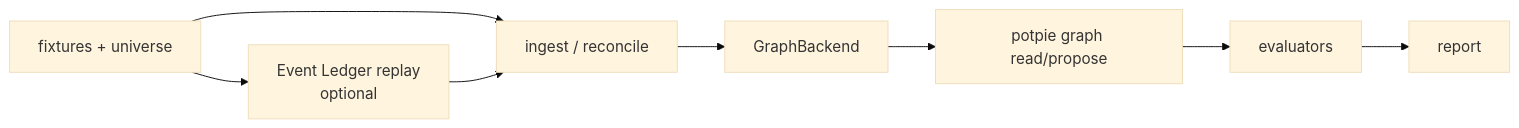
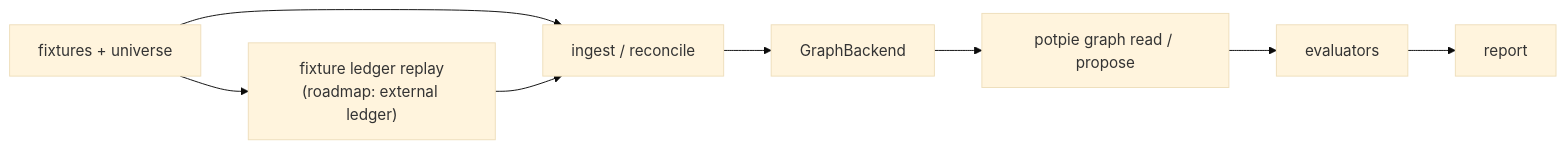
Before and after one commit to potpie-ai/potpie: the first of 2 diagrams in docs/context-graph/bench-plan.md, drawn with Mermaid (base theme). The commit also changed other lines of this file and 15 other files, not shown here.

First line of the commit message:
Refresh Context Graph docs (#962)

````diff
--- a/docs/context-graph/bench-plan.md
+++ b/docs/context-graph/bench-plan.md
@@ -12,13 +26,13 @@
 ```mermaid
 flowchart LR
   cg_fixtures["fixtures + universe"]
-  cg_ledger_replay["Event Ledger replay<br/>optional"]
+  cg_ledger_replay["fixture ledger replay<br/>(roadmap: external ledger)"]
   cg_ingest["ingest / reconcile"]
   cg_graph_backend["GraphBackend"]
-  cg_query["potpie graph read/propose"]
+  cg_query["potpie graph read / propose"]
   cg_eval["evaluators"]
   cg_report["report"]
 
   cg_fixtures --> cg_ingest --> cg_graph_backend --> cg_query --> cg_eval --> cg_report
   cg_fixtures --> cg_ledger_replay --> cg_ingest
 ```
````
